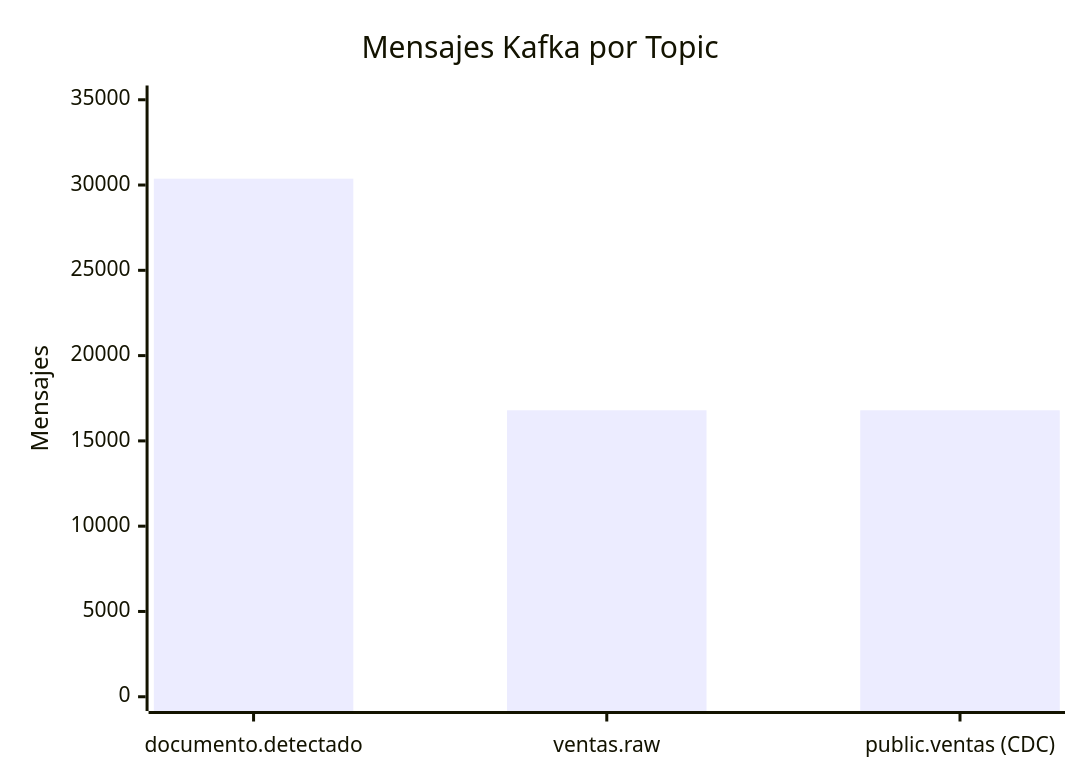
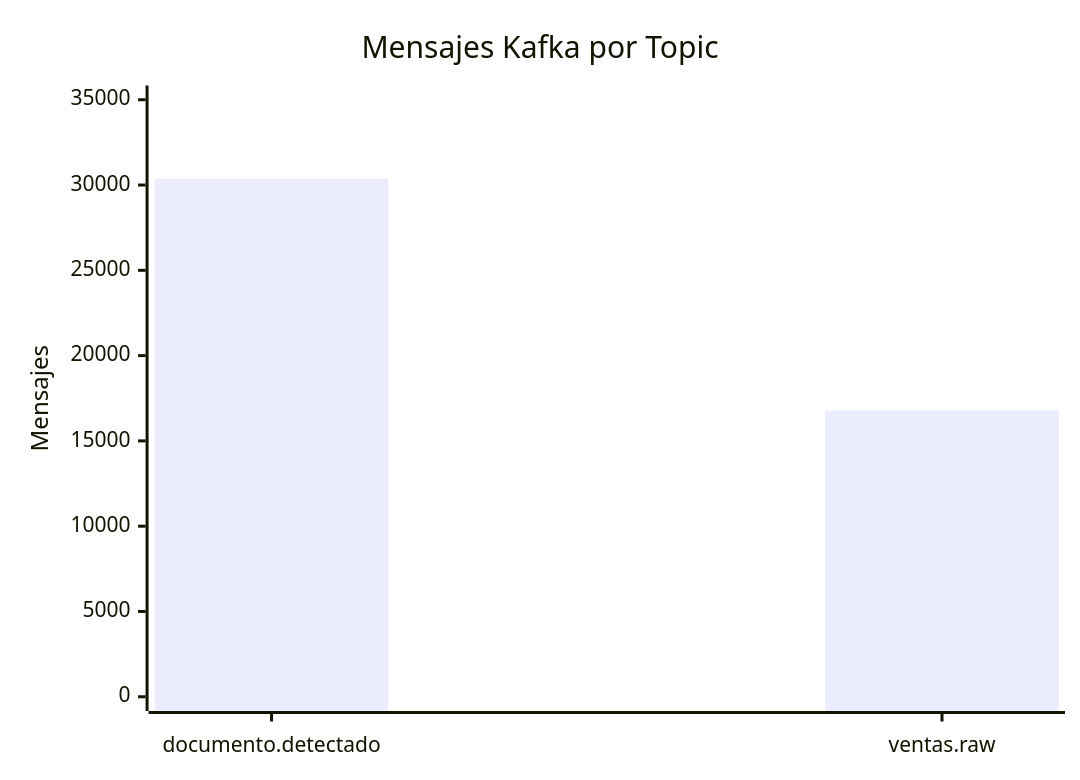
Before and after one commit to AlessandroPastor/BigData: the third of 3 diagrams in docs/arquitectura/pipeline.md, drawn with Mermaid. The commit also changed other lines of this file and 28 other files, not shown here.

````diff
--- a/docs/arquitectura/pipeline.md
+++ b/docs/arquitectura/pipeline.md
@@ -132,7 +151,7 @@
 ```mermaid
 xychart-beta
     title "Mensajes Kafka por Topic"
-    x-axis ["documento.detectado", "ventas.raw", "public.ventas (CDC)"]
+    x-axis ["documento.detectado", "ventas.raw"]
     y-axis "Mensajes" 0 --> 35000
-    bar [30372, 16794, 16794]
+    bar [30372, 16794]
 ```
````
